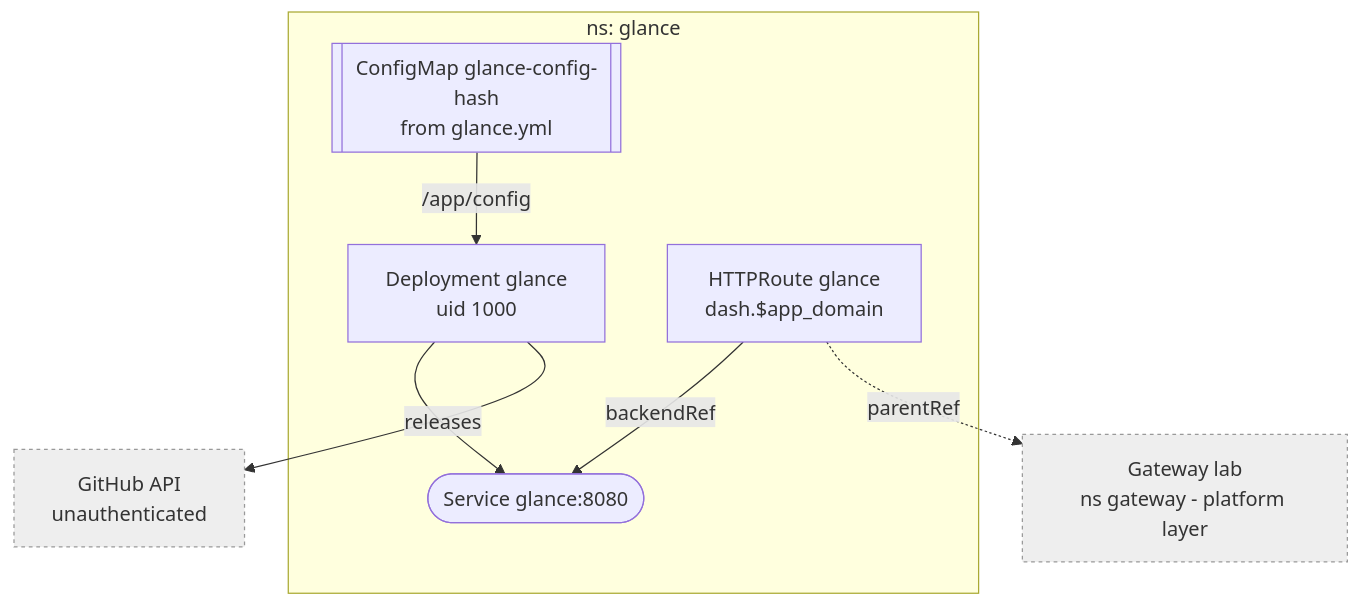
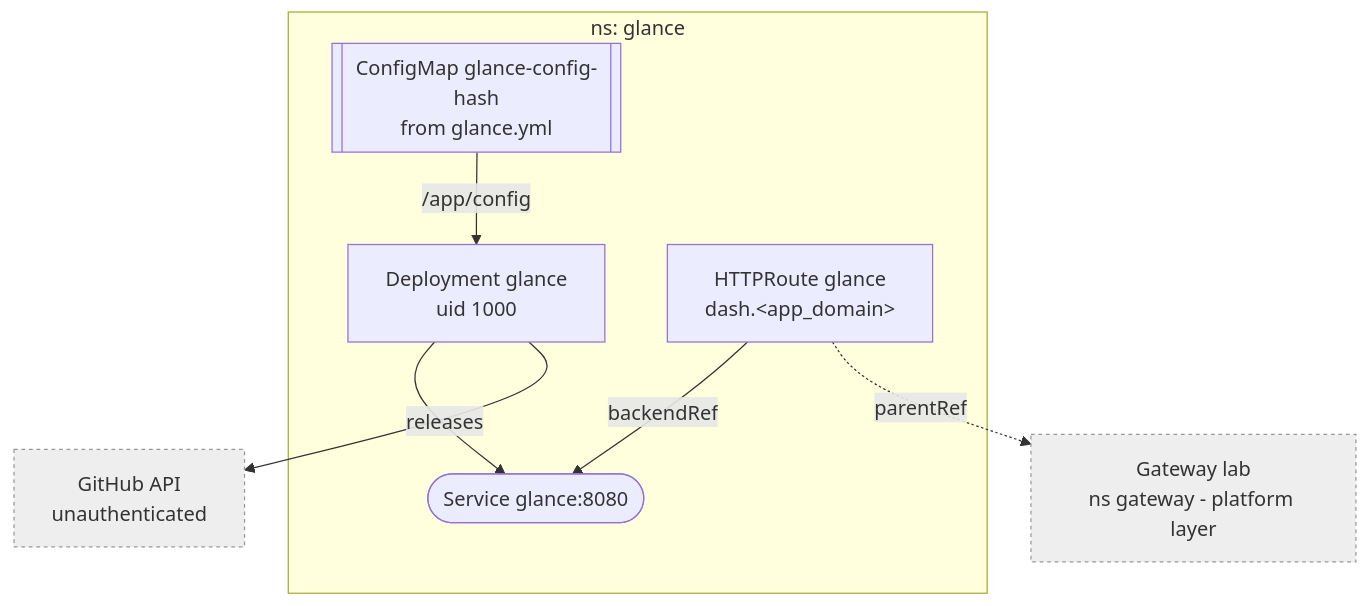
The diagram in docs/glance.md (Sojamann/homelab-apps), drawn with Mermaid before and after one commit. The commit also changed other lines of this file and 16 other files, not shown here.

````diff
--- a/docs/glance.md
+++ b/docs/glance.md
@@ -7,16 +6,16 @@
 ```mermaid
 graph TD
   subgraph gl["ns: glance"]
     CM[["ConfigMap glance-config-hash<br/>from glance.yml"]]
     SRV["Deployment glance<br/>uid 1000"]
     SRV --> SVC(["Service glance:8080"])
     CM -->|/app/config| SRV
-    RT["HTTPRoute glance<br/>dash.$app_domain"] -->|backendRef| SVC
+    RT["HTTPRoute glance<br/>dash.&lt;app_domain&gt;"] -->|backendRef| SVC
   end
 
   RT -.->|parentRef| GW["Gateway lab<br/>ns gateway - platform layer"]
   SRV -->|releases| GH["GitHub API<br/>unauthenticated"]
 
   classDef ext fill:#eee,stroke:#999,stroke-dasharray:3 3;
   class GW,GH ext;
 ```
````
